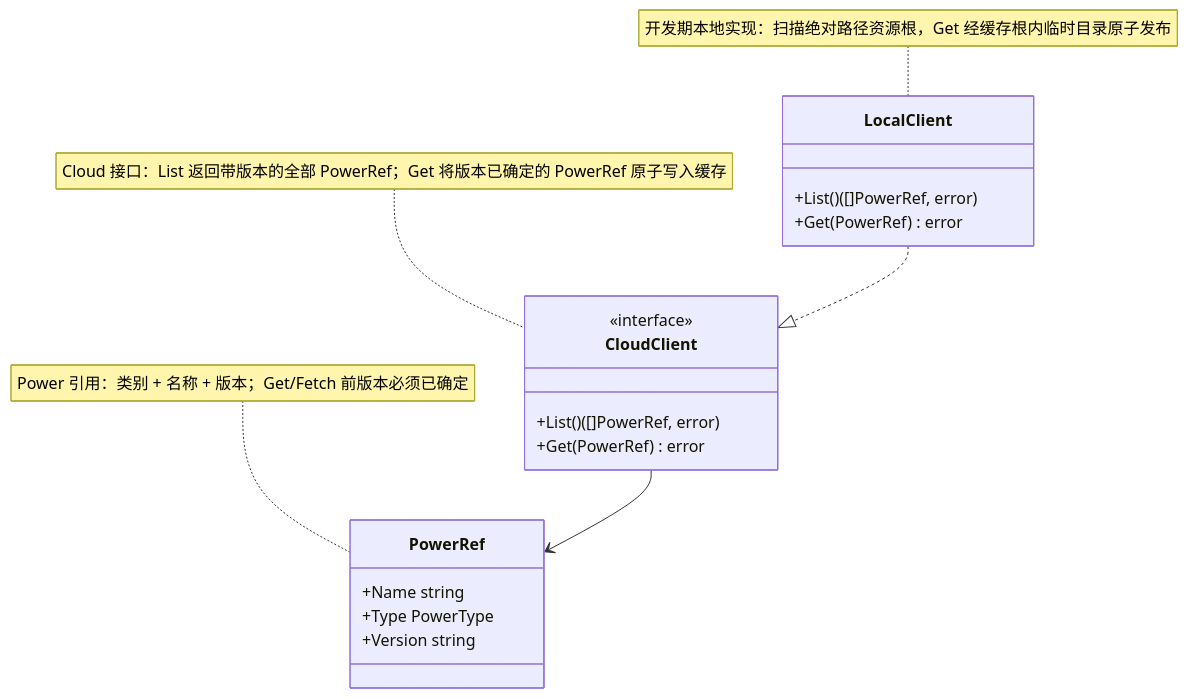
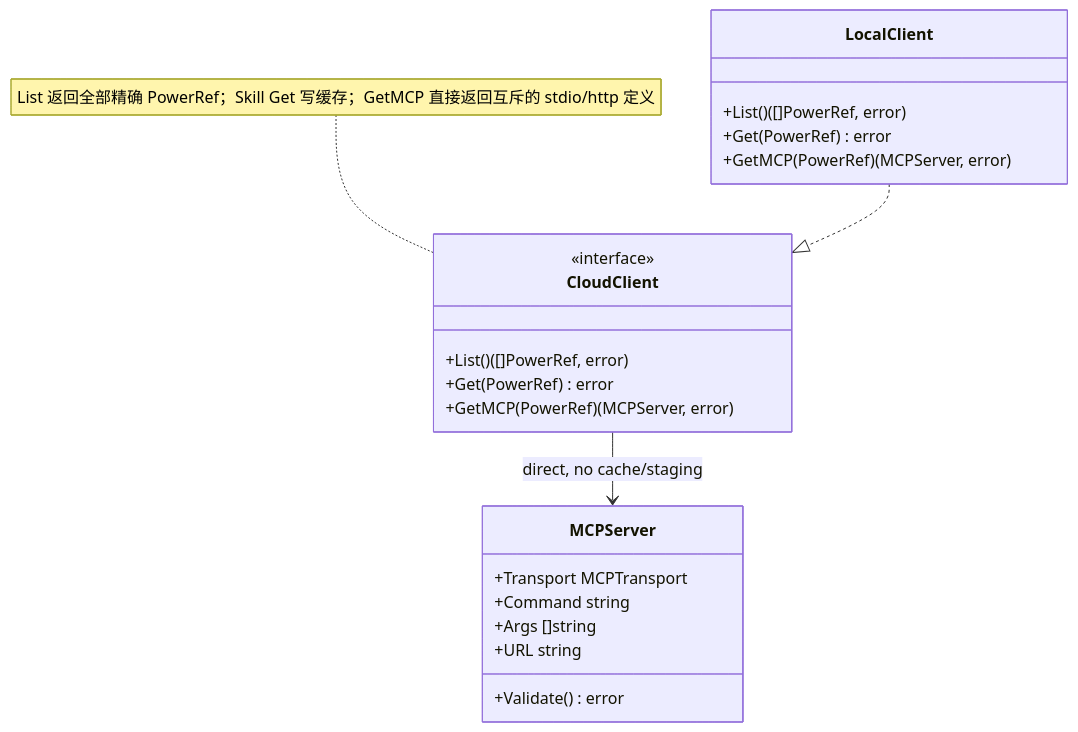
Before and after one commit to spacemit-com/agent-power-manager: the diagram in ivory-tower/c4/components/apm-cli-diagrams/cloud-client.mmd, drawn with Mermaid. The commit also changed 19 other files, not shown here.

```diff
--- a/ivory-tower/c4/components/apm-cli-diagrams/cloud-client.mmd
+++ b/ivory-tower/c4/components/apm-cli-diagrams/cloud-client.mmd
@@ -1,23 +1,22 @@
 classDiagram
-    note for CloudClient "Cloud 接口：List 返回带版本的全部 PowerRef；Get 将版本已确定的 PowerRef 原子写入缓存"
+    note for CloudClient "List 返回全部精确 PowerRef；Skill Get 写缓存；GetMCP 直接返回互斥的 stdio/http 定义"
     class CloudClient {
         <<interface>>
         +List() ([]PowerRef, error)
         +Get(PowerRef) error
+        +GetMCP(PowerRef) (MCPServer, error)
     }
-
-    note for PowerRef "Power 引用：类别 + 名称 + 版本；Get/Fetch 前版本必须已确定"
-    class PowerRef {
-        +Name string
-        +Type PowerType
-        +Version string
+    class MCPServer {
+        +Transport MCPTransport
+        +Command string
+        +Args []string
+        +URL string
+        +Validate() error
     }
-
-    note for LocalClient "开发期本地实现：扫描绝对路径资源根，Get 经缓存根内临时目录原子发布"
     class LocalClient {
         +List() ([]PowerRef, error)
         +Get(PowerRef) error
+        +GetMCP(PowerRef) (MCPServer, error)
     }
-
     LocalClient ..|> CloudClient
-    CloudClient --> PowerRef
+    CloudClient --> MCPServer : direct, no cache/staging
```
